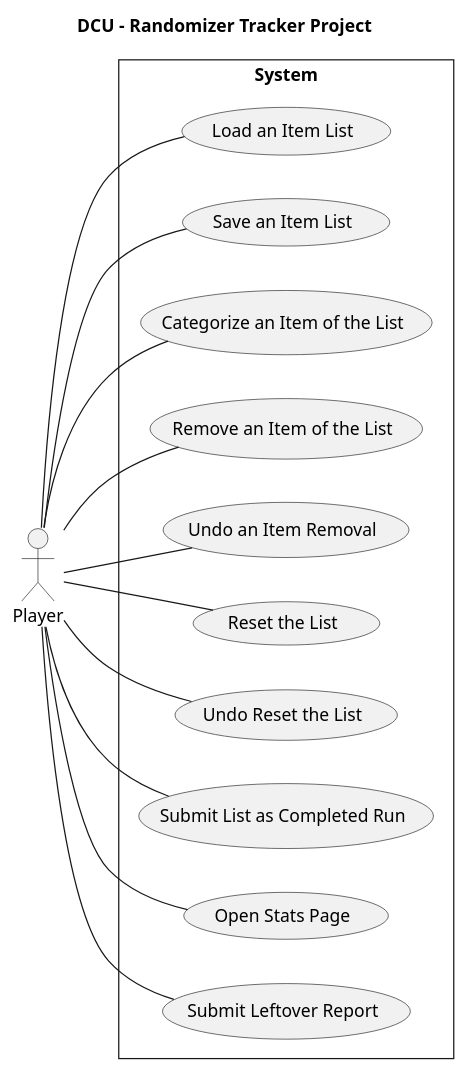
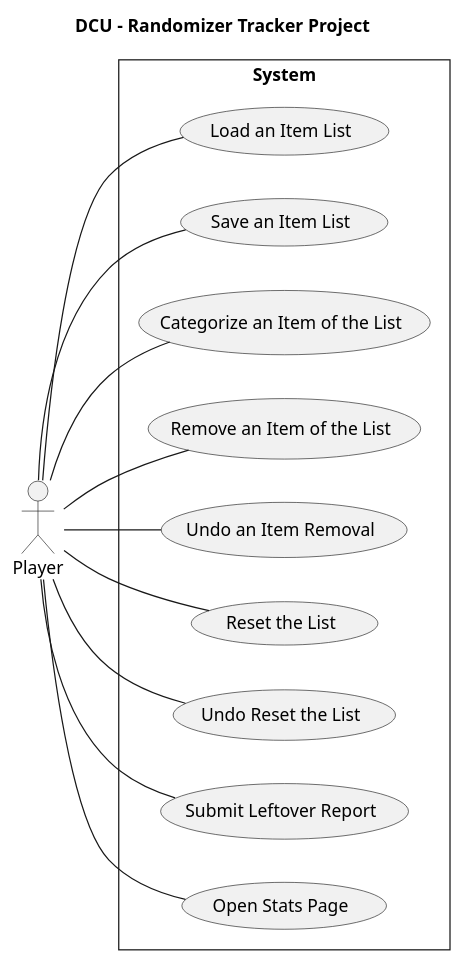
One commit to vexys001/RandoTracker changed the diagram in docs/UseCases/dcu.puml. Above: the diagram before and after it, drawn with PlantUML. The commit also changed 2 other files, not shown here.

```diff
--- a/docs/UseCases/dcu.puml
+++ b/docs/UseCases/dcu.puml
@@ -1,35 +1,33 @@
 @startuml
 left to right direction
 skinparam style strictuml
 skinparam packageStyle rect
 skinparam backgroundcolor transparent
 skinparam defaultfontname Verdana
 
 title DCU - Randomizer Tracker Project
 
 actor Player as P
 
 rectangle "System" {
   (Load an Item List) as LL
   (Save an Item List) as SL
   (Categorize an Item of the List) as CI
   (Remove an Item of the List) as RI
   (Undo an Item Removal) as UIR
   (Reset the List) as RL
   (Undo Reset the List) as UR
-  (Submit List as Completed Run) as SLC
+  (Submit Leftover Report) as SR
   (Open Stats Page) as OS
-  (Submit Leftover Report) as SR
-
+  
   P -- LL
   P -- SL
   P -- CI
   P -- RI
   P -- UIR
   P -- RL
   P -- UR
-  P -- SLC
   P -- OS
   P -- SR
 }
 @enduml
```
